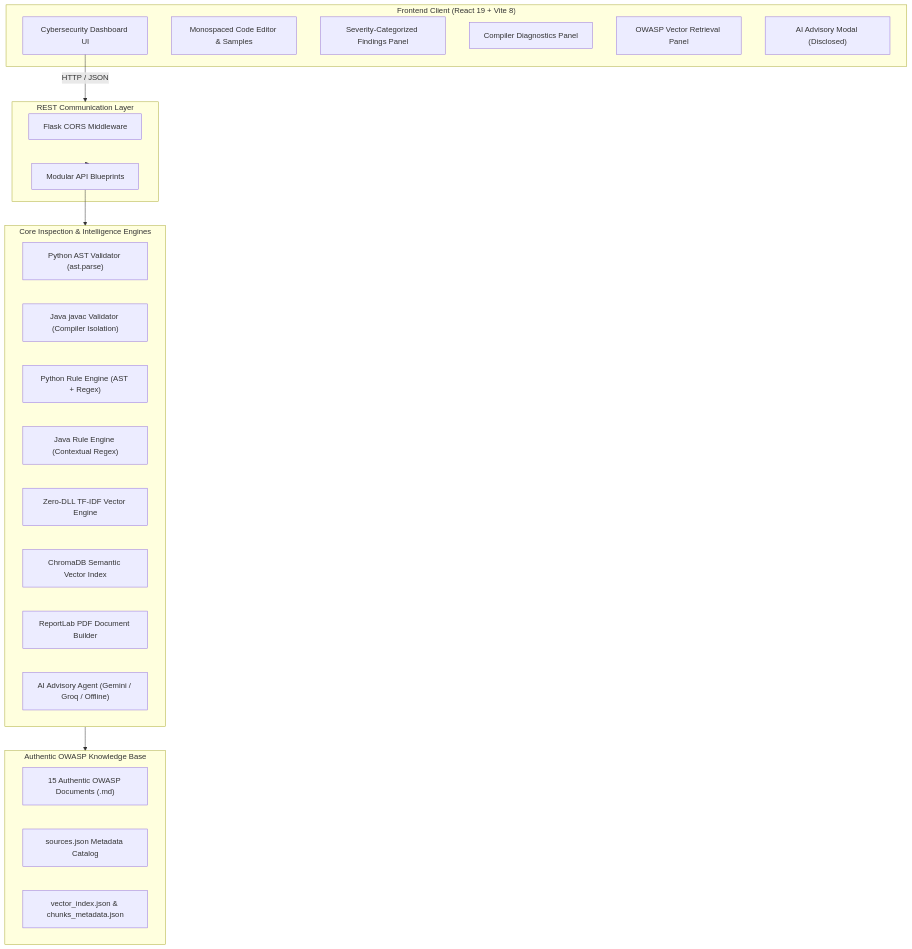
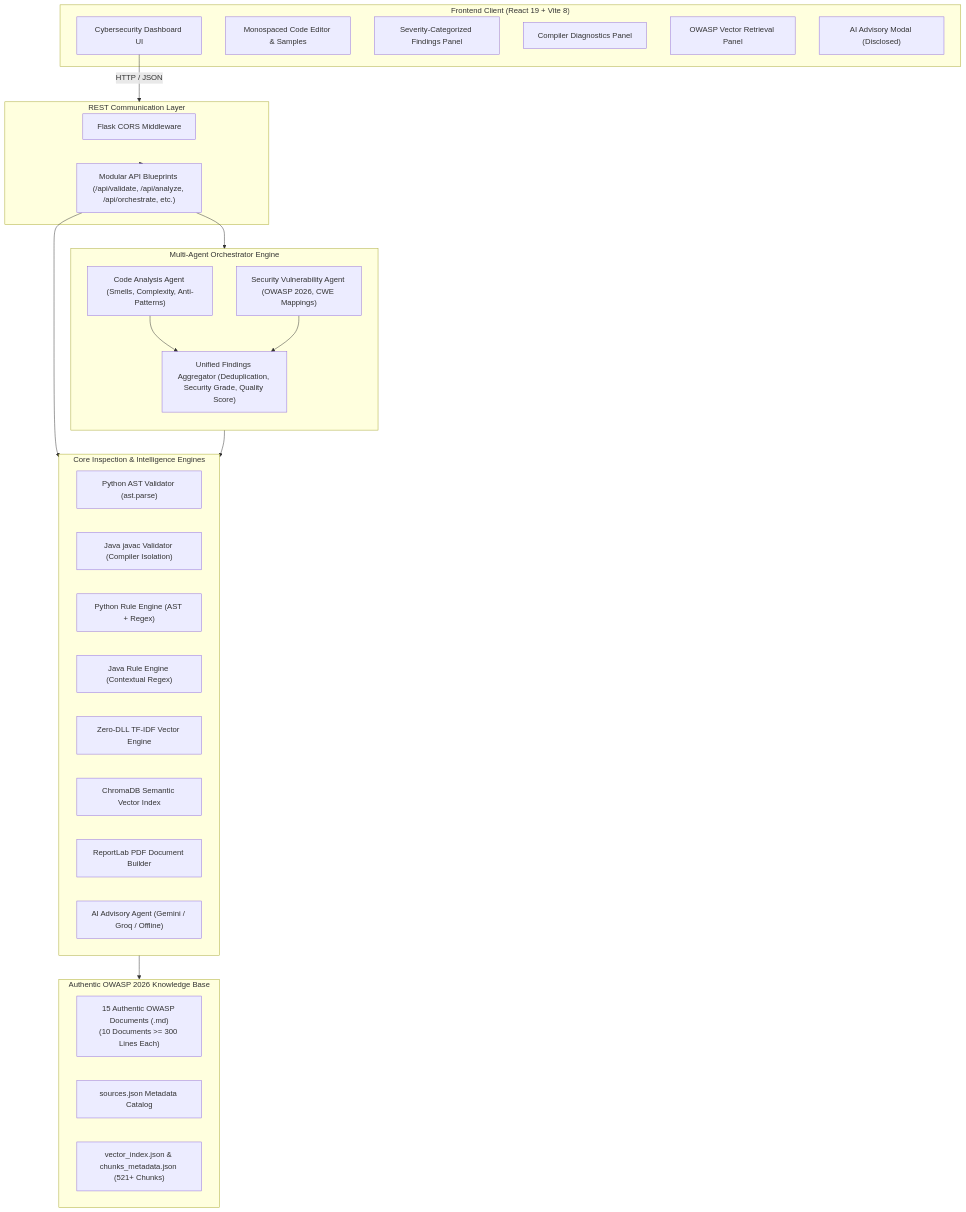
Before and after one commit to Naha2005/SmartCodeInspect: the first of 2 diagrams in documentation/ARCHITECTURE.md, drawn with Mermaid. The commit also changed other lines of this file and 67 other files, not shown here.

Commit message:
feat: implement Milestone 2 multi-agent orchestrator, OWASP 2026 knowledge base, and high-speed RAG advisory

````diff
--- a/documentation/ARCHITECTURE.md
+++ b/documentation/ARCHITECTURE.md
@@ -11,38 +11,48 @@
 ```mermaid
 graph TB
     subgraph Client["Frontend Client (React 19 + Vite 8)"]
         UI["Cybersecurity Dashboard UI"]
         Editor["Monospaced Code Editor & Samples"]
         FindingsView["Severity-Categorized Findings Panel"]
         DiagnosticsView["Compiler Diagnostics Panel"]
         KBView["OWASP Vector Retrieval Panel"]
         AIModal["AI Advisory Modal (Disclosed)"]
     end
 
     subgraph Transport["REST Communication Layer"]
         CORS["Flask CORS Middleware"]
-        Blueprints["Modular API Blueprints"]
+        Blueprints["Modular API Blueprints (/api/validate, /api/analyze, /api/orchestrate, etc.)"]
+    end
+
+    subgraph Orchestrator["Multi-Agent Orchestrator Engine"]
+        direction TB
+        CodeAgent["Code Analysis Agent (Smells, Complexity, Anti-Patterns)"]
+        SecAgent["Security Vulnerability Agent (OWASP 2026, CWE Mappings)"]
+        Merger["Unified Findings Aggregator (Deduplication, Security Grade, Quality Score)"]
+        CodeAgent & SecAgent --> Merger
     end
 
     subgraph Engines["Core Inspection & Intelligence Engines"]
         PV["Python AST Validator (ast.parse)"]
         JV["Java javac Validator (Compiler Isolation)"]
         PR["Python Rule Engine (AST + Regex)"]
         JR["Java Rule Engine (Contextual Regex)"]
         VS["Zero-DLL TF-IDF Vector Engine"]
         CDB["ChromaDB Semantic Vector Index"]
         PDF["ReportLab PDF Document Builder"]
         AI["AI Advisory Agent (Gemini / Groq / Offline)"]
     end
 
-    subgraph Knowledge["Authentic OWASP Knowledge Base"]
-        OWASPDocs["15 Authentic OWASP Documents (.md)"]
+    subgraph Knowledge["Authentic OWASP 2026 Knowledge Base"]
+        OWASPDocs["15 Authentic OWASP Documents (.md)<br/>(10 Documents >= 300 Lines Each)"]
         SourcesJSON["sources.json Metadata Catalog"]
-        PrecomputedIndex["vector_index.json & chunks_metadata.json"]
+        PrecomputedIndex["vector_index.json & chunks_metadata.json (521+ Chunks)"]
     end
 
     UI -->|HTTP / JSON| Transport
     Transport --> Blueprints
+    Blueprints --> Orchestrator
     Blueprints --> Engines
+    Orchestrator --> Engines
     Engines --> Knowledge
 ```
````
